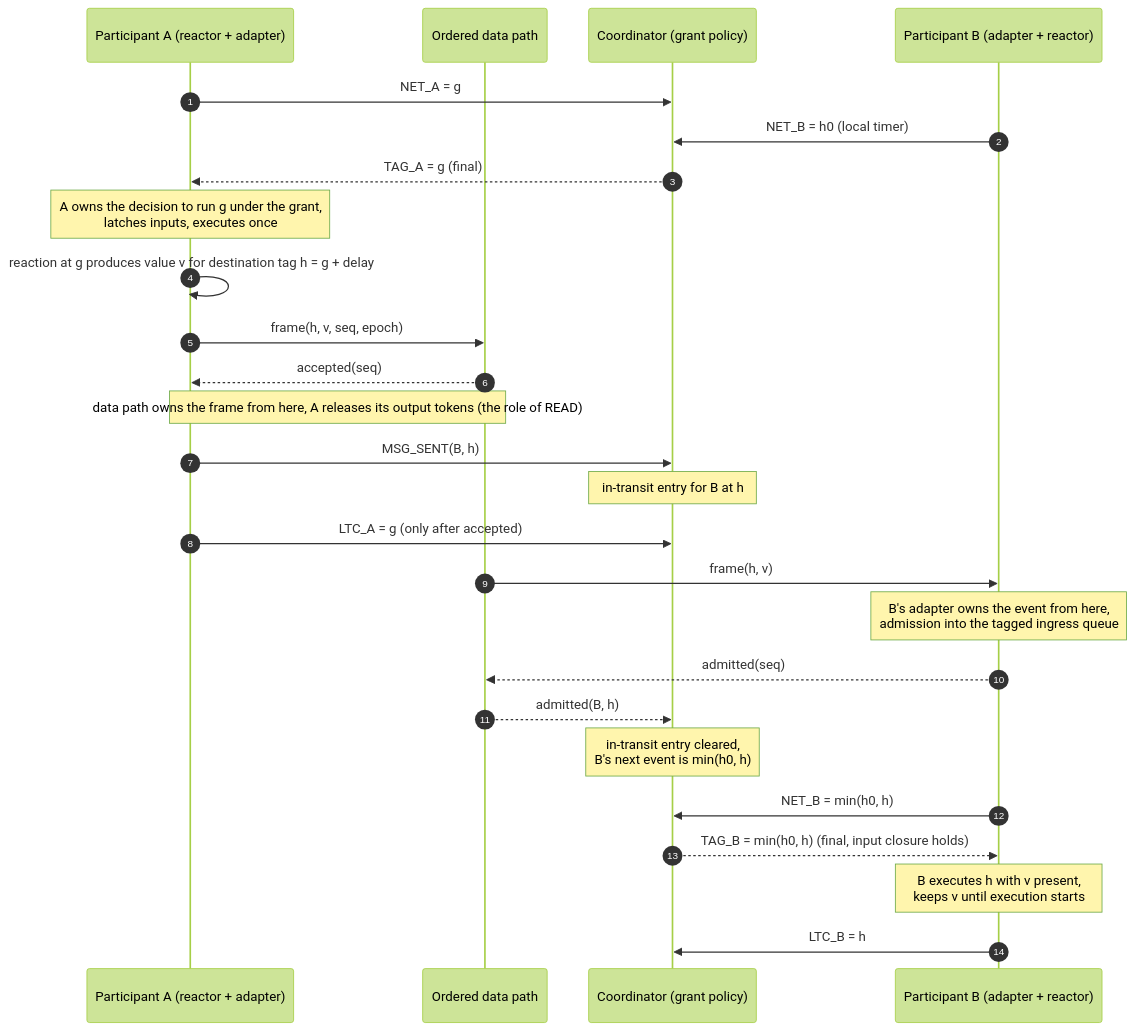
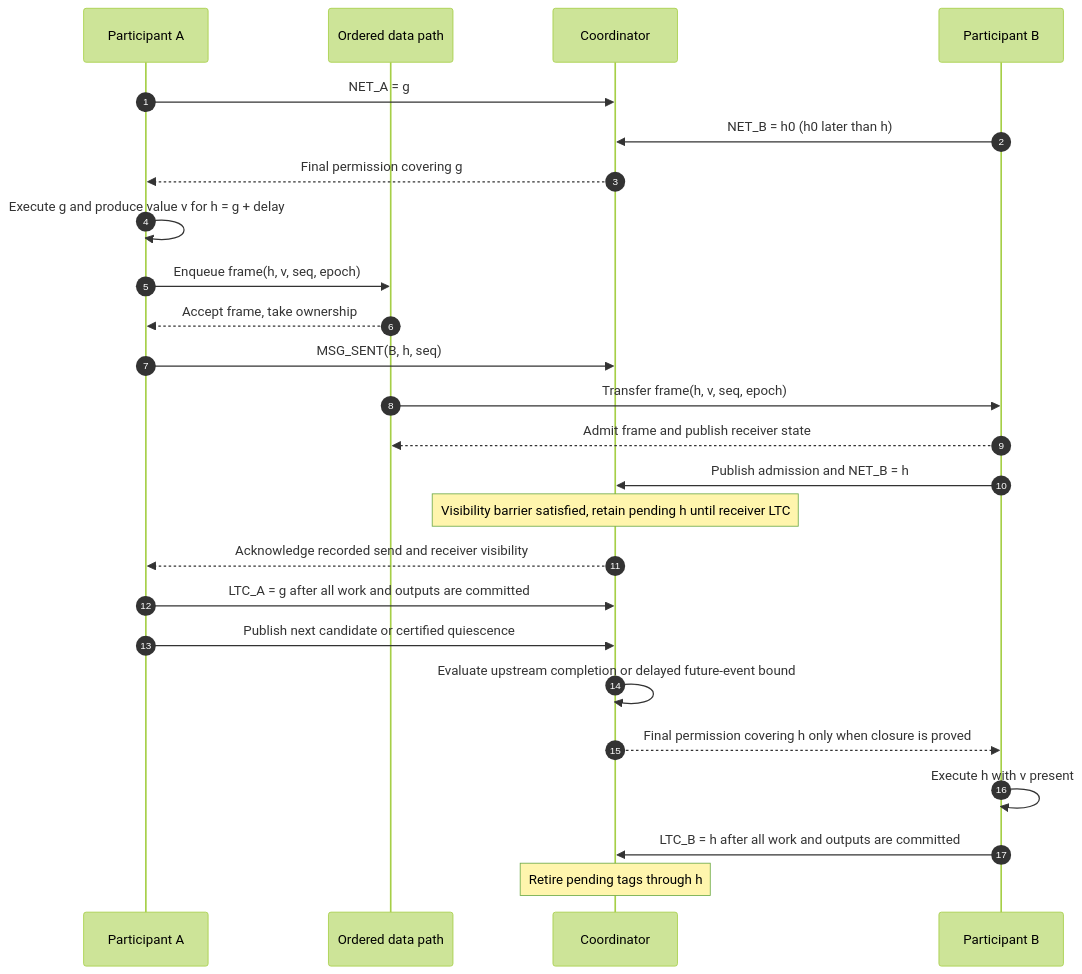
The fifth of 5 diagrams in program/lf_hardware_coordination_project_definition.md (perkusic/lingua-franca-docs), drawn with Mermaid (forest theme) before and after one commit. The commit also changed other lines of this file, not shown here.

````diff
--- a/program/lf_hardware_coordination_project_definition.md
+++ b/program/lf_hardware_coordination_project_definition.md
@@ -327,28 +382,27 @@
 ```mermaid
 sequenceDiagram
   autonumber
-  participant SA as Participant A (reactor + adapter)
+  participant SA as Participant A
   participant DP as Ordered data path
-  participant CO as Coordinator (grant policy)
-  participant SB as Participant B (adapter + reactor)
+  participant CO as Coordinator
+  participant SB as Participant B
   SA->>CO: NET_A = g
-  SB->>CO: NET_B = h0 (local timer)
-  CO-->>SA: TAG_A = g (final)
-  Note over SA: A owns the decision to run g under the grant,<br/>latches inputs, executes once
-  SA->>SA: reaction at g produces value v for destination tag h = g + delay
-  SA->>DP: frame(h, v, seq, epoch)
-  DP-->>SA: accepted(seq)
-  Note over SA,DP: data path owns the frame from here, A releases its output tokens (the role of READ)
-  SA->>CO: MSG_SENT(B, h)
-  Note over CO: in-transit entry for B at h
-  SA->>CO: LTC_A = g (only after accepted)
-  DP->>SB: frame(h, v)
-  Note over SB: B's adapter owns the event from here,<br/>admission into the tagged ingress queue
-  SB-->>DP: admitted(seq)
-  DP-->>CO: admitted(B, h)
-  Note over CO: in-transit entry cleared,<br/>B's next event is min(h0, h)
-  SB->>CO: NET_B = min(h0, h)
-  CO-->>SB: TAG_B = min(h0, h) (final, input closure holds)
-  Note over SB: B executes h with v present,<br/>keeps v until execution starts
-  SB->>CO: LTC_B = h
+  SB->>CO: NET_B = h0 (h0 later than h)
+  CO-->>SA: Final permission covering g
+  SA->>SA: Execute g and produce value v for h = g + delay
+  SA->>DP: Enqueue frame(h, v, seq, epoch)
+  DP-->>SA: Accept frame, take ownership
+  SA->>CO: MSG_SENT(B, h, seq)
+  DP->>SB: Transfer frame(h, v, seq, epoch)
+  SB-->>DP: Admit frame and publish receiver state
+  SB->>CO: Publish admission and NET_B = h
+  Note over CO: Visibility barrier satisfied, retain pending h until receiver LTC
+  CO-->>SA: Acknowledge recorded send and receiver visibility
+  SA->>CO: LTC_A = g after all work and outputs are committed
+  SA->>CO: Publish next candidate or certified quiescence
+  CO->>CO: Evaluate upstream completion or delayed future-event bound
+  CO-->>SB: Final permission covering h only when closure is proved
+  SB->>SB: Execute h with v present
+  SB->>CO: LTC_B = h after all work and outputs are committed
+  Note over CO: Retire pending tags through h
 ```
````
